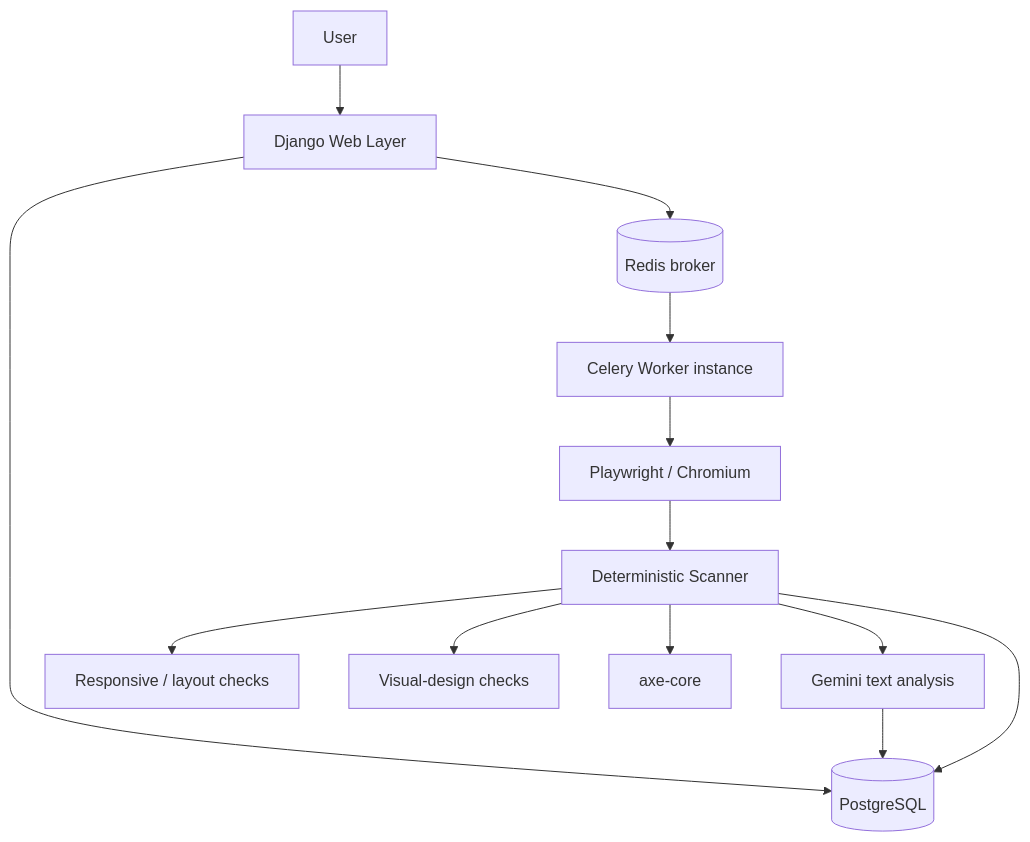
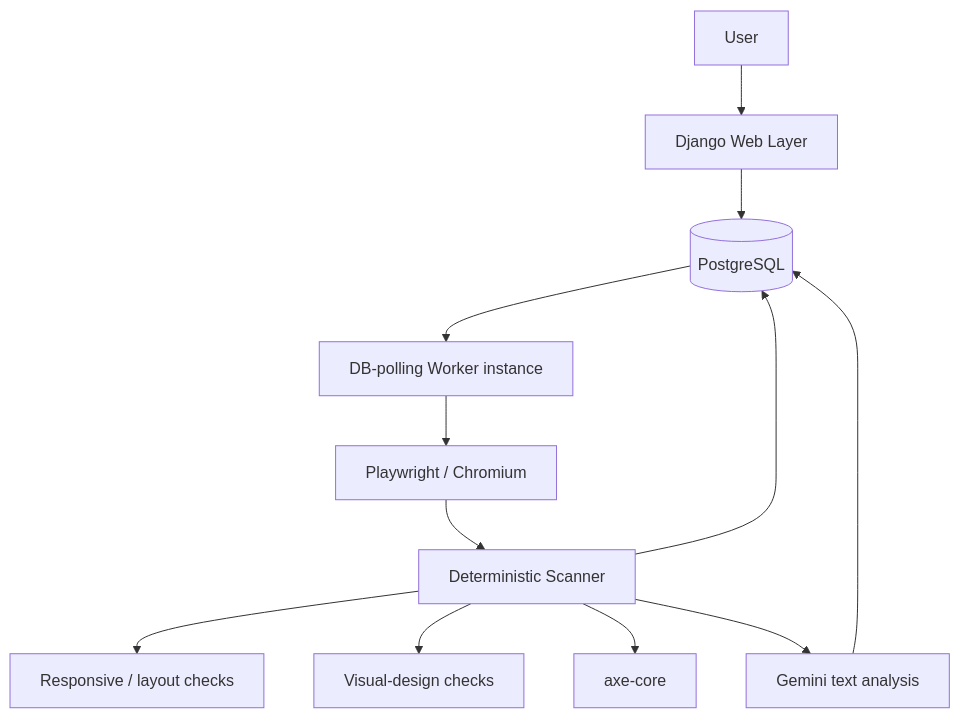
Before and after one commit to 1abhishek0948/Ai-Web-Doctor: the diagram in README.md, drawn with Mermaid. The commit also changed other lines of this file and 11 other files, not shown here.

Commit message:
Replace Redis/Celery with a DB-polling worker: scans run on a dedicated worker instance without a broker

````diff
--- a/README.md
+++ b/README.md
@@ -229,15 +227,14 @@
 ```mermaid
 flowchart TD
     User[User] --> Django[Django Web Layer]
     Django --> PG[(PostgreSQL)]
-    Django --> Redis[(Redis broker)]
-    Redis --> Worker[Celery Worker instance]
+    PG --> Worker[DB-polling Worker instance]
     Worker --> PW[Playwright / Chromium]
     PW --> Scanner[Deterministic Scanner]
     Scanner --> Responsive[Responsive / layout checks]
     Scanner --> Visual[Visual-design checks]
     Scanner --> Axe[axe-core]
     Scanner --> Gemini[Gemini text analysis]
     Scanner --> PG
     Gemini --> PG
 ```
````
